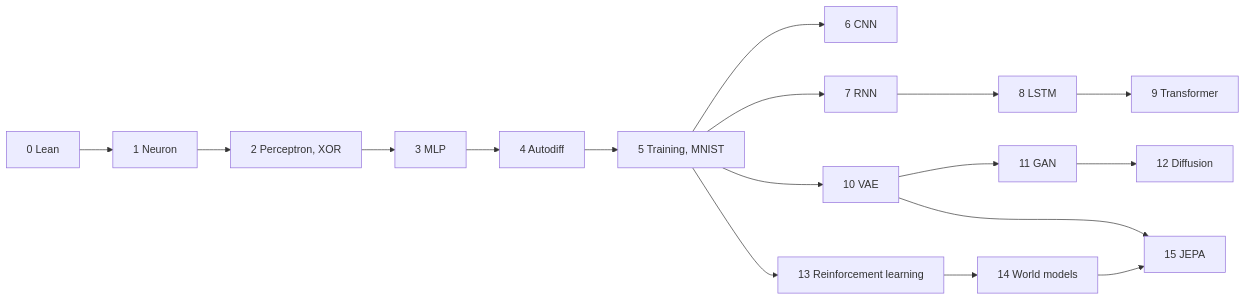
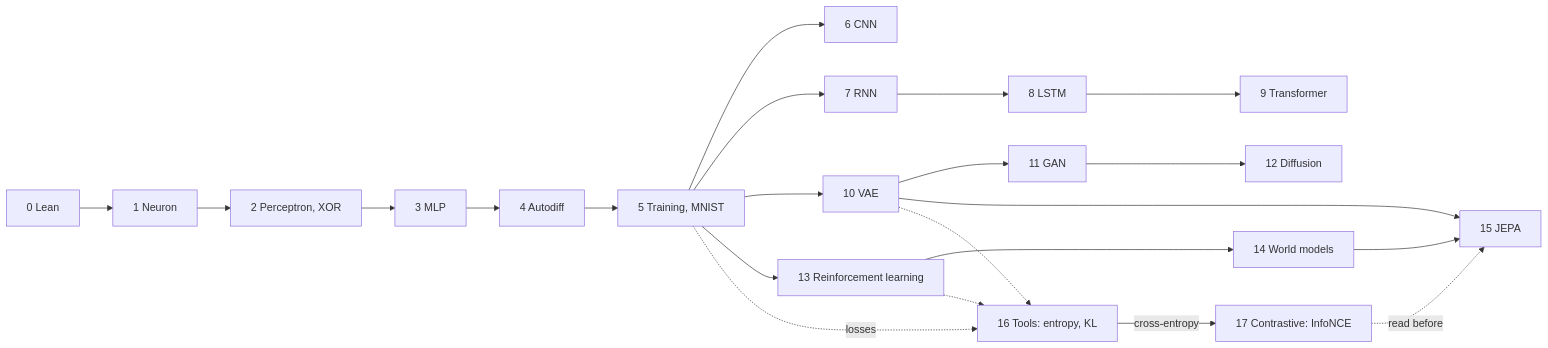
Before and after one commit to citron/LEAIN4: the diagram in website/docs/index.mdx, drawn with Mermaid. The commit also changed other lines of this file and 36 other files, not shown here.

First line of the commit message:
Phases 1-3: Ch16 tools + generalization, GRU, multi-head attention, Ch17 InfoNCE + JEPA reordering

````diff
--- a/website/docs/index.mdx
+++ b/website/docs/index.mdx
@@ -30,10 +30,15 @@
 ```mermaid
 flowchart LR
   c0["0 Lean"] --> c1["1 Neuron"] --> c2["2 Perceptron, XOR"] --> c3["3 MLP"] --> c4["4 Autodiff"] --> c5["5 Training, MNIST"]
   c5 --> c6["6 CNN"]
   c5 --> c7["7 RNN"] --> c8["8 LSTM"] --> c9["9 Transformer"]
   c5 --> c10["10 VAE"] --> c11["11 GAN"] --> c12["12 Diffusion"]
   c5 --> c13["13 Reinforcement learning"] --> c14["14 World models"]
   c10 --> c15["15 JEPA"]
   c14 --> c15
+  c5 -.->|losses| c16["16 Tools: entropy, KL"]
+  c16 -->|cross-entropy| c17["17 Contrastive: InfoNCE"]
+  c17 -.->|read before| c15
+  c10 -.-> c16
+  c13 -.-> c16
 ```
````
